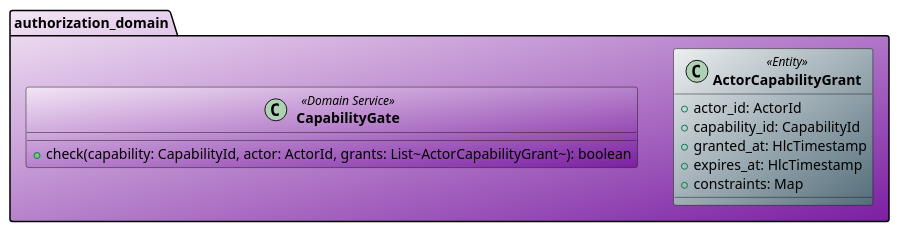
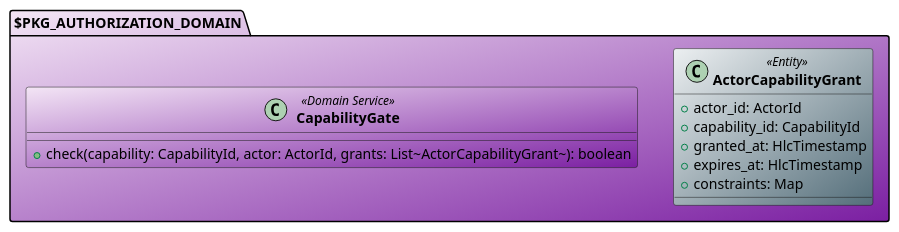
Before and after one commit to salimnamvar/selma: the diagram in docs/class/common/cd_section_domain_authorization.puml, drawn with PlantUML. The commit also changed 35 other files, not shown here.

```diff
--- a/docs/class/common/cd_section_domain_authorization.puml
+++ b/docs/class/common/cd_section_domain_authorization.puml
@@ -1,18 +1,18 @@
 ' ============================================================
 ' Section: cd_section_domain_authorization.puml
 ' ============================================================
 
-package "authorization_domain" as DOM_AUTH #F3E5F5/7B1FA2 {
+package "$PKG_AUTHORIZATION_DOMAIN" as DOM_AUTH #F3E5F5/7B1FA2 {
 
   class "**ActorCapabilityGrant**" as ActorCapabilityGrant <<Entity>> #ECEFF1/546E7A {
     + actor_id: ActorId
     + capability_id: CapabilityId
     + granted_at: HlcTimestamp
     + expires_at: HlcTimestamp
     + constraints: Map
   }
 
   class "**CapabilityGate**" as CapabilityGate <<Domain Service>> #F3E5F5/7B1FA2 {
     + check(capability: CapabilityId, actor: ActorId, grants: List~ActorCapabilityGrant~): boolean
   }
 }
```
